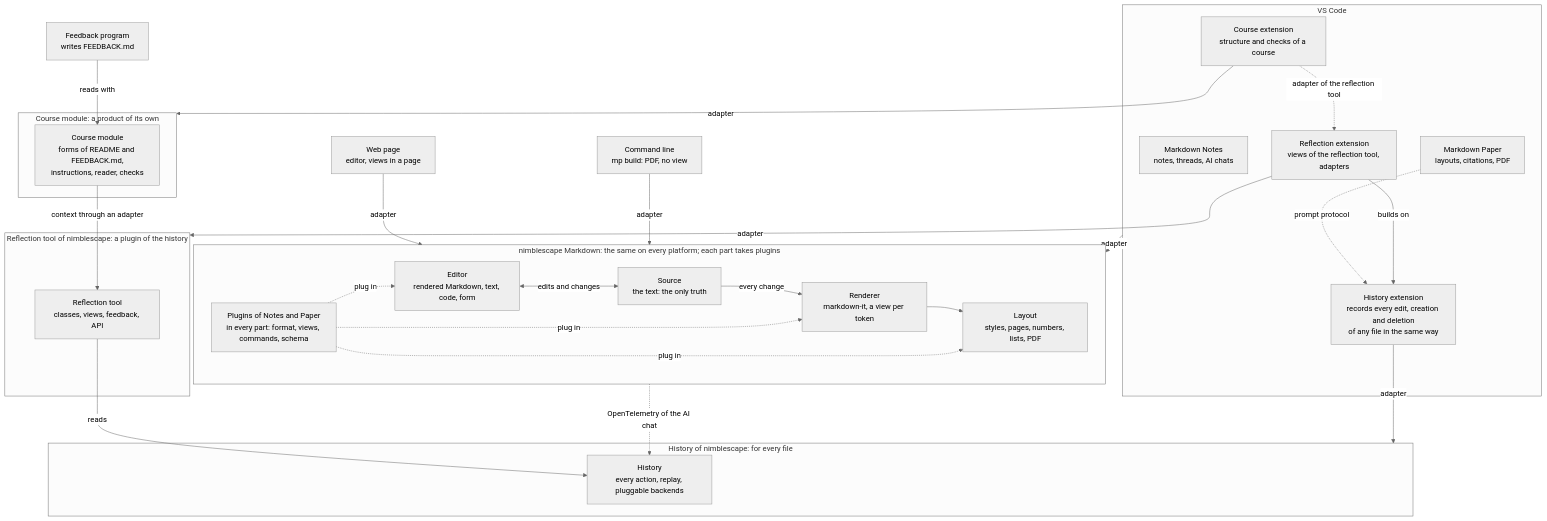
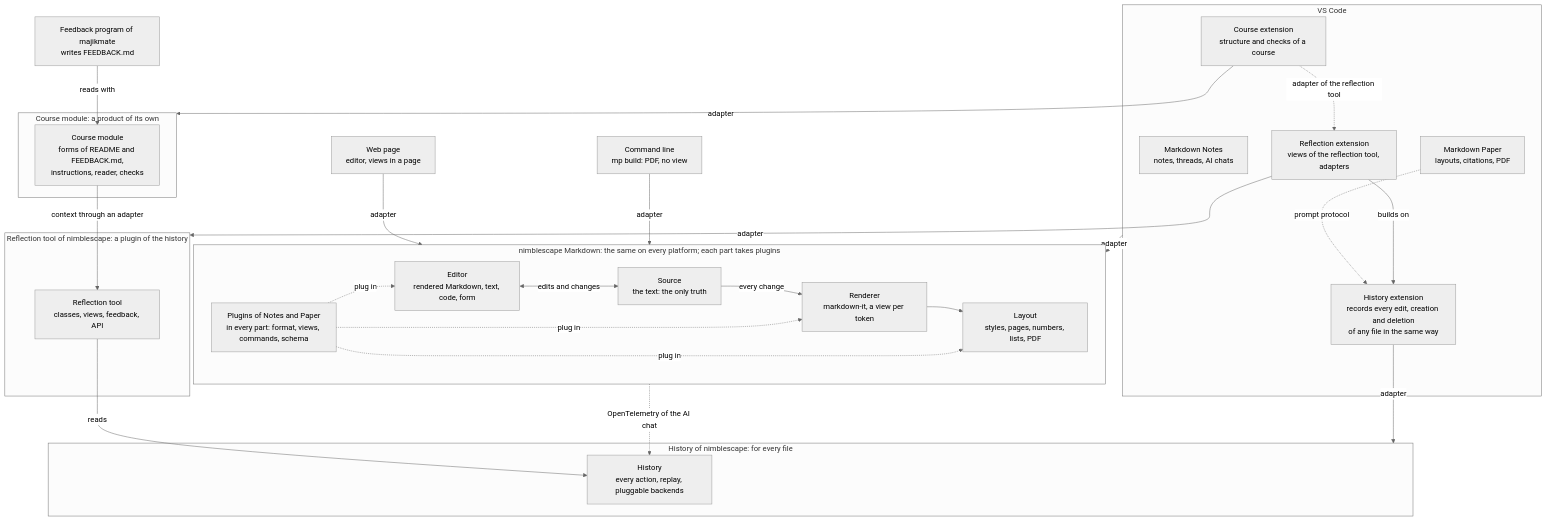
One commit to nimblescape/markdown changed the diagram in docs/specification.md. Above: the diagram before and after it, drawn with Mermaid (neutral theme).

Commit message:
Name the owner of the feedback program in the architecture diagram
Claude-Session: https://claude.ai/code/session_014Ljror3qvK9ZCxadjRjaRK

````diff
--- a/docs/specification.md
+++ b/docs/specification.md
@@ -83,48 +83,48 @@
 ```mermaid
 flowchart TB
   subgraph vscode["VS Code"]
     notes["Markdown Notes<br/>notes, threads, AI chats"]
     paper["Markdown Paper<br/>layouts, citations, PDF"]
     historyExtension["History extension<br/>records every edit, creation and deletion<br/>of any file in the same way"]
     reflectionExtension["Reflection extension<br/>views of the reflection tool, adapters"]
     courseExtension["Course extension<br/>structure and checks of a course"]
     paper -. prompt protocol .-> historyExtension
     reflectionExtension -- builds on --> historyExtension
     courseExtension -. adapter of the reflection tool .-> reflectionExtension
   end
   web["Web page<br/>editor, views in a page"]
   cli["Command line<br/>mp build: PDF, no view"]
   subgraph libraries["nimblescape Markdown: the same on every platform; each part takes plugins"]
     source["Source<br/>the text: the only truth"]
     editor["Editor<br/>rendered Markdown, text, code, form"]
     renderer["Renderer<br/>markdown-it, a view per token"]
     layout["Layout<br/>styles, pages, numbers, lists, PDF"]
     plugins["Plugins of Notes and Paper<br/>in every part: format, views, commands, schema"]
     editor <-->|edits and changes| source
     source -- every change --> renderer
     renderer --> layout
     plugins -. plug in .-> editor
     plugins -. plug in .-> renderer
     plugins -. plug in .-> layout
   end
   subgraph historyProduct["History of nimblescape: for every file"]
     history["History<br/>every action, replay, pluggable backends"]
   end
   subgraph reflectionProduct["Reflection tool of nimblescape: a plugin of the history"]
     reflection["Reflection tool<br/>classes, views, feedback, API"]
   end
   reflection -- reads --> history
   subgraph courseProduct["Course module: a product of its own"]
     course["Course module<br/>forms of README and FEEDBACK.md,<br/>instructions, reader, checks"]
   end
-  feedback["Feedback program<br/>writes FEEDBACK.md"]
+  feedback["Feedback program of majikmate<br/>writes FEEDBACK.md"]
   course -- context through an adapter --> reflection
   feedback -- reads with --> course
   courseExtension -- adapter --> courseProduct
   libraries -. OpenTelemetry of the AI chat .-> history
   historyExtension -- adapter --> historyProduct
   reflectionExtension -- adapter --> reflectionProduct
   vscode -- adapter --> libraries
   web -- adapter --> libraries
   cli -- adapter --> libraries
 ```
````
